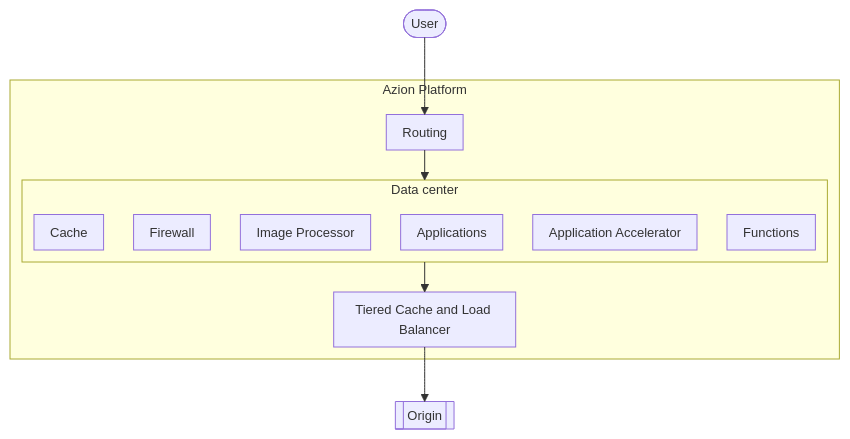
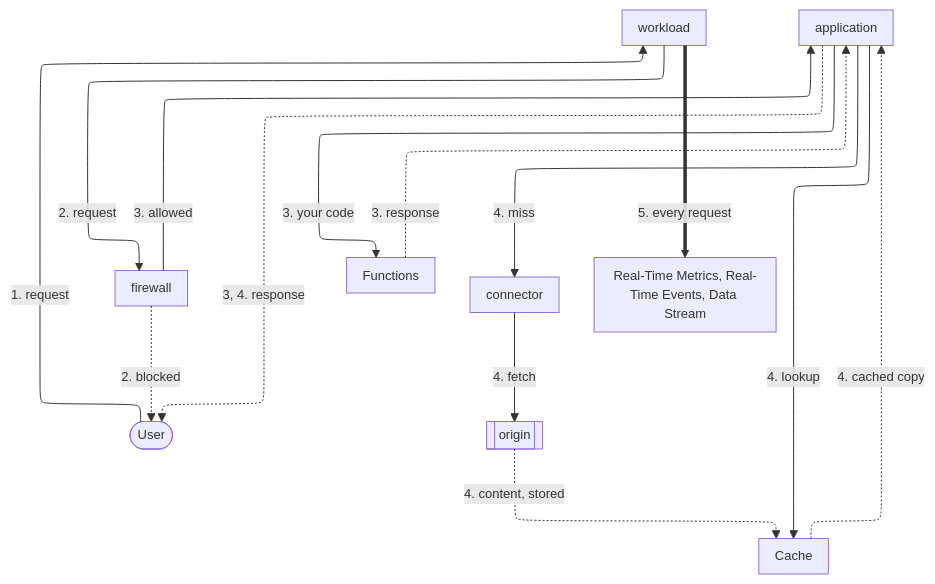
The diagram in apps/docs/src/content/docs/en/pages/main-menu/get-started/azion-platform-overview.mdx (aziontech/docs), drawn with Mermaid before and after one commit. The commit also changed other lines of this file and 42 other files, not shown here.

````diff
--- a/apps/docs/src/content/docs/en/pages/main-menu/get-started/azion-platform-overview.mdx
+++ b/apps/docs/src/content/docs/en/pages/main-menu/get-started/azion-platform-overview.mdx
@@ -31,18 +31,26 @@
 ```mermaid
-%%{init: {"layout": "elk", "themeVariables": {"fontSize": "13px"}, "flowchart": {"nodeSpacing": 24, "rankSpacing": 36, "padding": 8, "wrappingWidth": 150, "useMaxWidth": true}, "sequence": {"width": 120, "actorMargin": 30, "useMaxWidth": true}}}%%
+%%{init: {"layout": "elk", "elk": {"preset": "modelOrder", "keepEntryNodeOnTop": true, "cycleBreakingStrategy": "MODEL_ORDER"}, "themeVariables": {"fontSize": "13px"}, "flowchart": {"nodeSpacing": 24, "rankSpacing": 36, "padding": 8, "wrappingWidth": 150, "useMaxWidth": true}, "sequence": {"width": 120, "actorMargin": 30, "useMaxWidth": true}}}%%
 flowchart TD
-  user([User]) --> routing[Routing]
-  subgraph platform [Azion Platform]
-    routing --> dc
-    subgraph dc [Data center]
-      firewall[Firewall]
-      applications[Applications]
-      cache[Cache]
-      accelerator[Application Accelerator]
-      functions[Functions]
-      image[Image Processor]
-    end
-    dc --> delivery[Tiered Cache and Load Balancer]
-  end
-  delivery --> origin[[Origin]]
+  User(["User"])
+  Workload["workload"]
+  Firewall["firewall"]
+  App["application"]
+  Functions["Functions"]
+  Cache["Cache"]
+  Conn["connector"]
+  Origin[["origin"]]
+  Observe["Real-Time Metrics, Real-Time Events, Data Stream"]
+  User -->|"1. request"| Workload
+  Workload -->|"2. request"| Firewall
+  Firewall -->|"3. allowed"| App
+  App -->|"3. your code"| Functions
+  App -->|"4. lookup"| Cache
+  App -->|"4. miss"| Conn
+  Conn -->|"4. fetch"| Origin
+  Firewall -.->|"2. blocked"| User
+  Functions -.->|"3. response"| App
+  Origin -.->|"4. content, stored"| Cache
+  Cache -.->|"4. cached copy"| App
+  App -.->|"3, 4. response"| User
+  Workload ==>|"5. every request"| Observe
 ```
````
